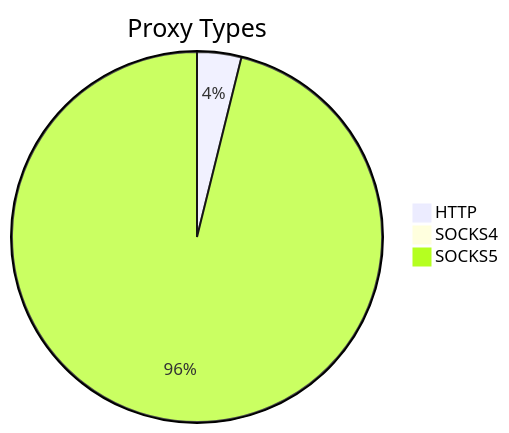
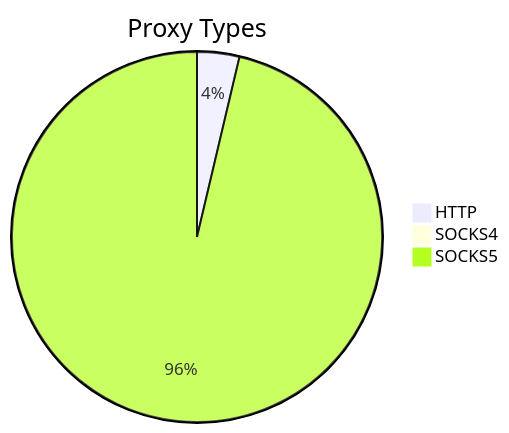
The first of 2 diagrams in README.md (stormsia/proxy-list), drawn with Mermaid before and after one commit. The commit also changed other lines of this file, not shown here.

````diff
--- a/README.md
+++ b/README.md
@@ -21,6 +21,6 @@
 ```mermaid
 pie title Proxy Types
-    "HTTP" : 162
-    "SOCKS4" : 21
-    "SOCKS5" : 4034
+    "HTTP" : 146
+    "SOCKS4" : 10
+    "SOCKS5" : 3813
 ```
````
